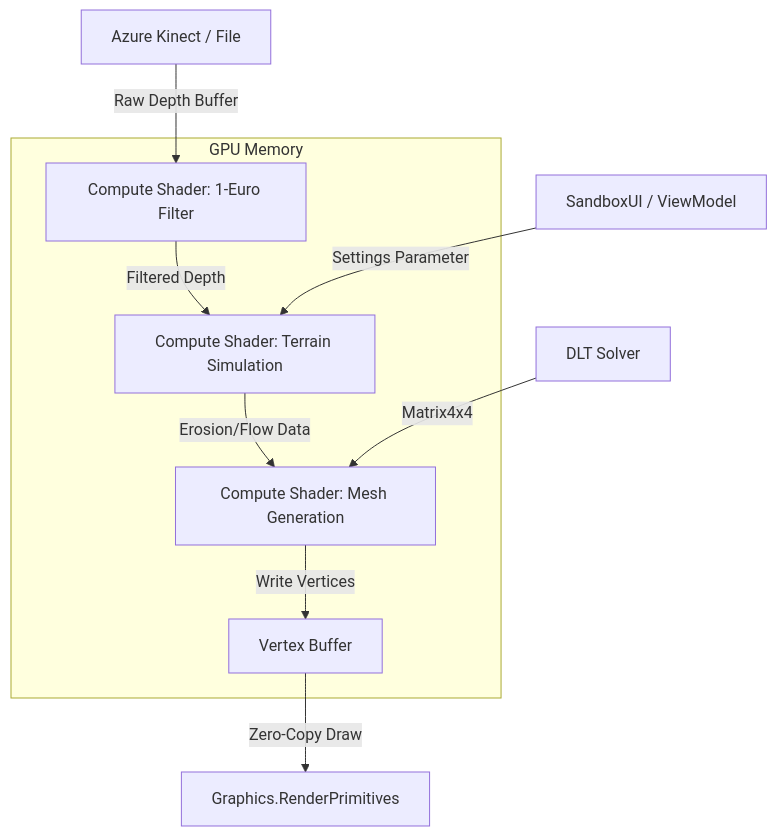
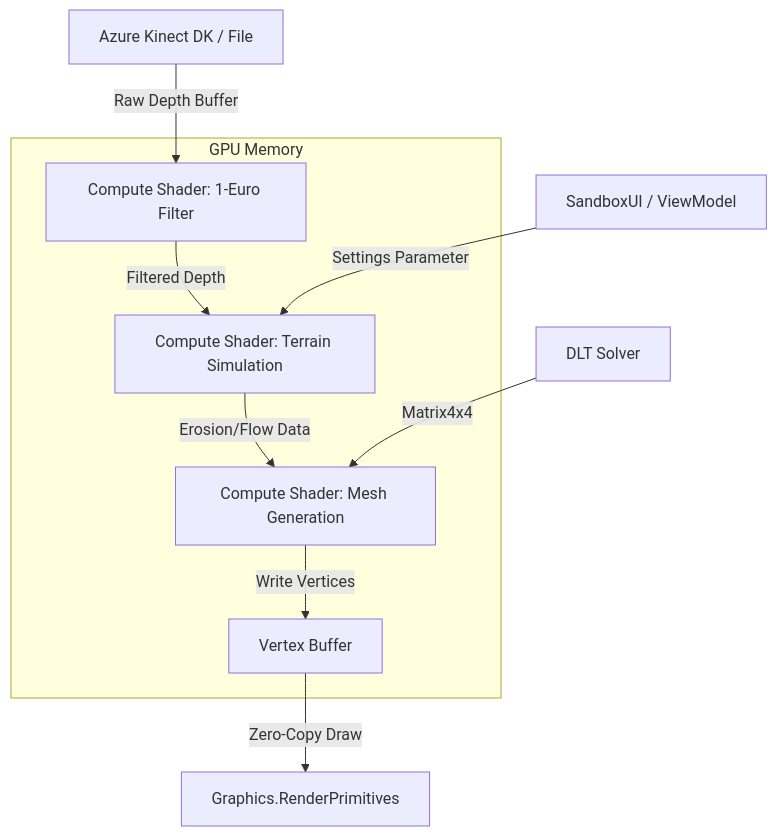
The diagram in README.md (asiriji-lab/ARsandbox-Kiosk), drawn with Mermaid before and after one commit.

Commit message:
docs: Corrected sensor name to Azure Kinect DK

````diff
--- a/README.md
+++ b/README.md
@@ -57,20 +57,20 @@
 ```mermaid
 graph TD
-    Sensor[Azure Kinect / File] -->|Raw Depth Buffer| CS_Filter[Compute Shader: 1-Euro Filter]
+    Sensor[Azure Kinect DK / File] -->|Raw Depth Buffer| CS_Filter[Compute Shader: 1-Euro Filter]
     CS_Filter -->|Filtered Depth| CS_Sim[Compute Shader: Terrain Simulation]
     
     subgraph GPU [GPU Memory]
         CS_Filter
         CS_Sim
         CS_Gen[Compute Shader: Mesh Generation]
         VB[Vertex Buffer]
     end
     
     CS_Sim -->|Erosion/Flow Data| CS_Gen
     CS_Gen -->|Write Vertices| VB
     
     VB -->|Zero-Copy Draw| Renderer[Graphics.RenderPrimitives]
     
     UI[SandboxUI / ViewModel] -->|Settings Parameter| CS_Sim
     Calibration[DLT Solver] -->|Matrix4x4| CS_Gen
 ```
````
